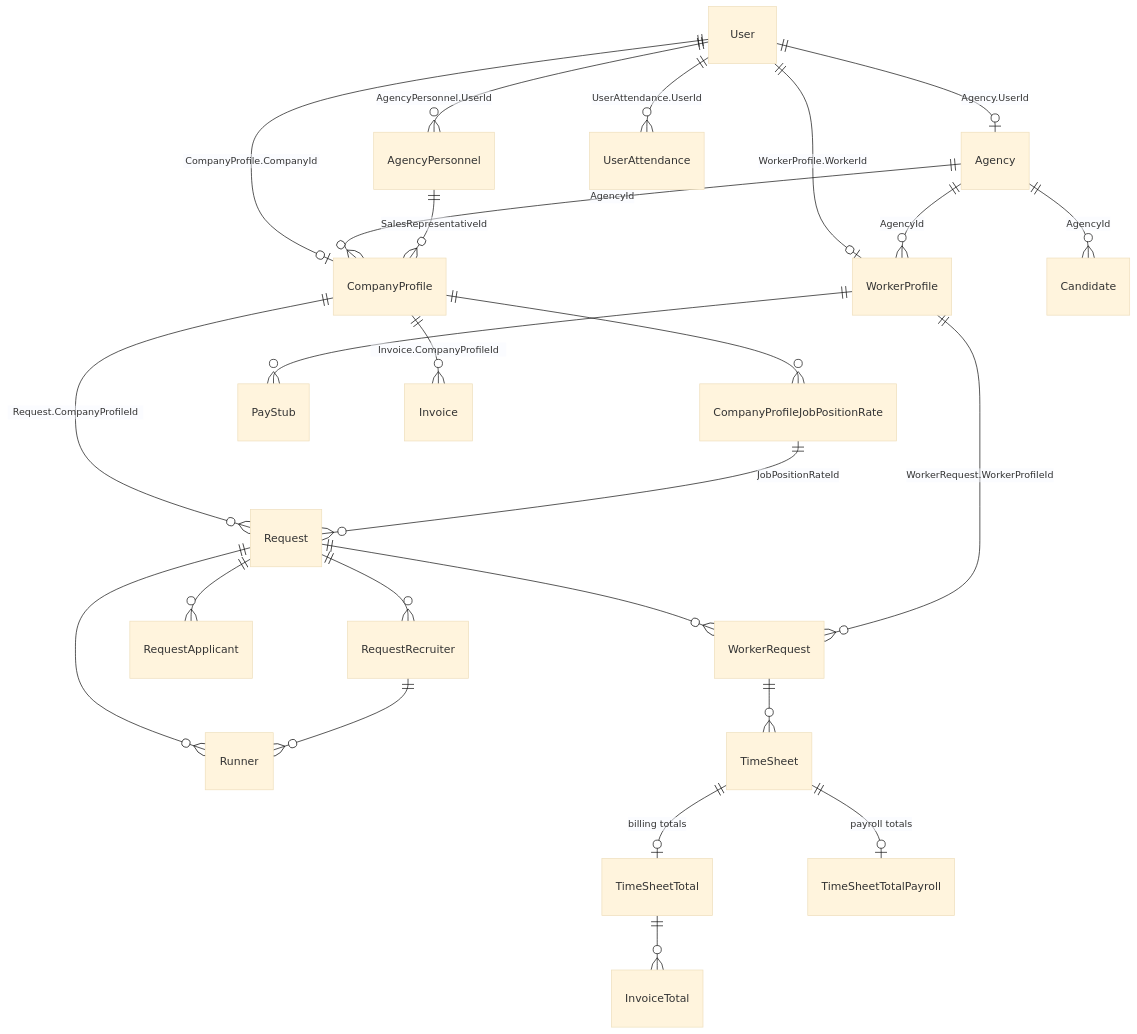
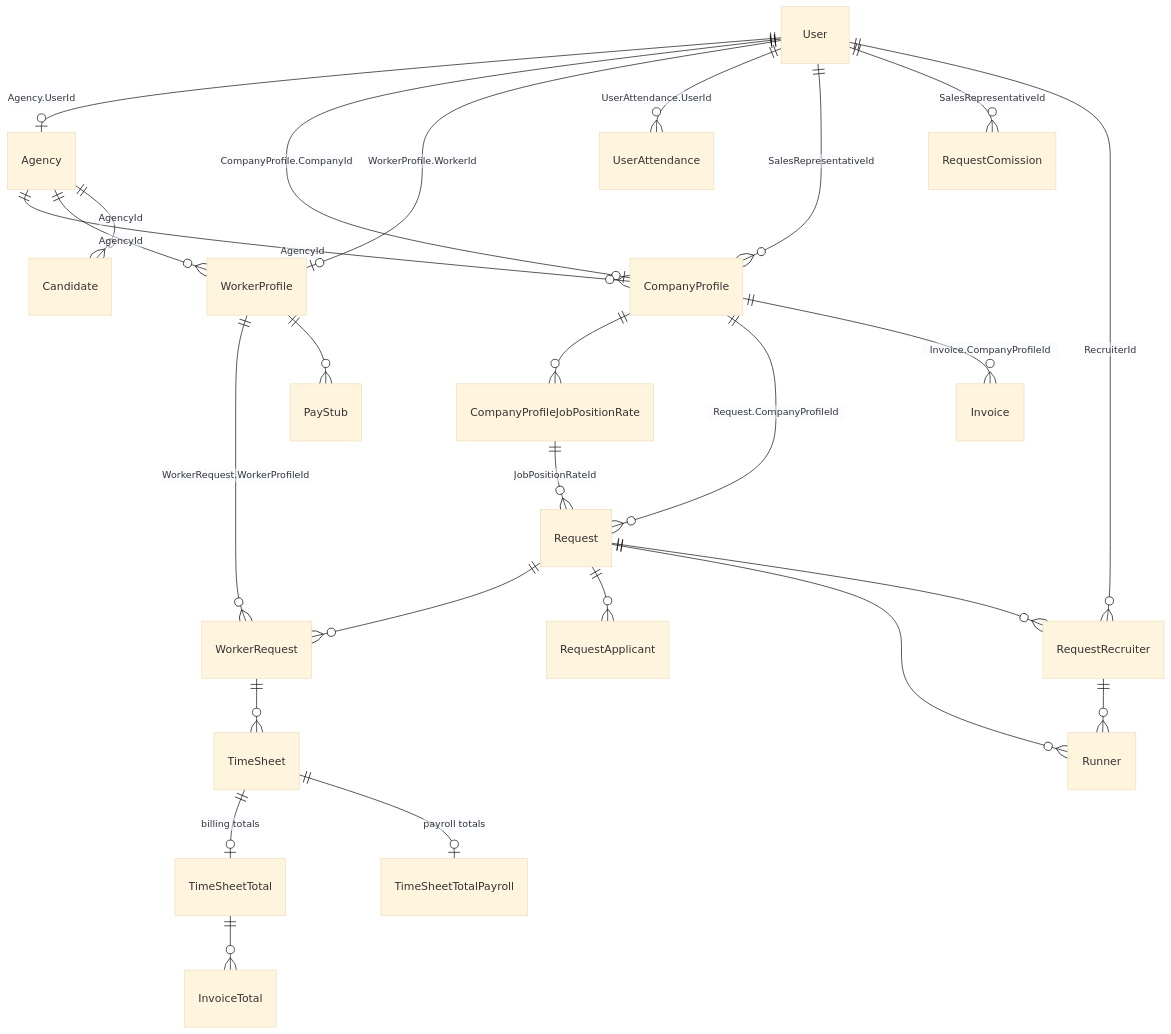
One commit to sigook/Applications changed the diagram in .docs/technical/ENTITIES_RELATIONSHIPS.md. Above: the diagram before and after it, drawn with Mermaid (base theme). The commit also changed other lines of this file and 254 other files, not shown here.

First line of the commit message:
feat: replace b-tooltip with HoverTooltip in CompanyRequestWorkers and Requests components

````diff
--- a/.docs/technical/ENTITIES_RELATIONSHIPS.md
+++ b/.docs/technical/ENTITIES_RELATIONSHIPS.md
@@ -12,27 +12,28 @@
 ```mermaid
 erDiagram
     User ||--o| Agency : "Agency.UserId"
     User ||--o| CompanyProfile : "CompanyProfile.CompanyId"
     User ||--o| WorkerProfile : "WorkerProfile.WorkerId"
-    User ||--o{ AgencyPersonnel : "AgencyPersonnel.UserId"
     User ||--o{ UserAttendance : "UserAttendance.UserId"
     Agency ||--o{ CompanyProfile : "AgencyId"
     Agency ||--o{ WorkerProfile : "AgencyId"
     Agency ||--o{ Candidate : "AgencyId"
-    AgencyPersonnel ||--o{ CompanyProfile : "SalesRepresentativeId"
+    User ||--o{ CompanyProfile : "SalesRepresentativeId"
+    User ||--o{ RequestComission : "SalesRepresentativeId"
+    User ||--o{ RequestRecruiter : "RecruiterId"
     CompanyProfile ||--o{ CompanyProfileJobPositionRate : ""
     CompanyProfile ||--o{ Request : "Request.CompanyProfileId"
     CompanyProfileJobPositionRate ||--o{ Request : "JobPositionRateId"
     Request ||--o{ WorkerRequest : ""
     Request ||--o{ RequestApplicant : ""
     Request ||--o{ Runner : ""
     Request ||--o{ RequestRecruiter : ""
     RequestRecruiter ||--o{ Runner : ""
     WorkerProfile ||--o{ WorkerRequest : "WorkerRequest.WorkerProfileId"
     WorkerRequest ||--o{ TimeSheet : ""
     TimeSheet ||--o| TimeSheetTotal : "billing totals"
     TimeSheet ||--o| TimeSheetTotalPayroll : "payroll totals"
     WorkerProfile ||--o{ PayStub : ""
     CompanyProfile ||--o{ Invoice : "Invoice.CompanyProfileId"
     TimeSheetTotal ||--o{ InvoiceTotal : ""
 ```
````
